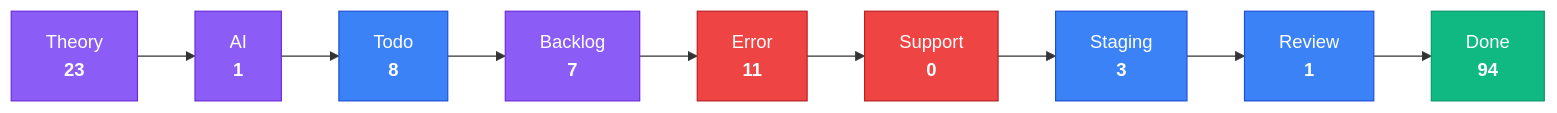
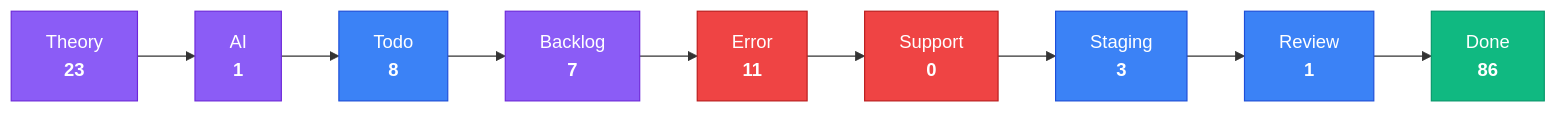
The third of 4 diagrams in apps/kbve/astro-kbve/src/content/docs/dashboard/kanban-data.mdx (KBVE/kbve), drawn with Mermaid before and after one commit. The commit also changed other lines of this file and 7 other files, not shown here.

````diff
--- a/apps/kbve/astro-kbve/src/content/docs/dashboard/kanban-data.mdx
+++ b/apps/kbve/astro-kbve/src/content/docs/dashboard/kanban-data.mdx
@@ -80,28 +80,28 @@
 ```mermaid
 flowchart LR
     classDef planning fill:#8b5cf6,stroke:#6d28d9,color:#fff
     classDef active fill:#3b82f6,stroke:#1d4ed8,color:#fff
     classDef blocked fill:#ef4444,stroke:#b91c1c,color:#fff
     classDef done fill:#10b981,stroke:#059669,color:#fff
     Theory["Theory<br/><strong>23</strong>"]
     Theory --> AI
     AI["AI<br/><strong>1</strong>"]
     AI --> Todo
     Todo["Todo<br/><strong>8</strong>"]
     Todo --> Backlog
     Backlog["Backlog<br/><strong>7</strong>"]
     Backlog --> Error
     Error["Error<br/><strong>11</strong>"]
     Error --> Support
     Support["Support<br/><strong>0</strong>"]
     Support --> Staging
     Staging["Staging<br/><strong>3</strong>"]
     Staging --> Review
     Review["Review<br/><strong>1</strong>"]
     Review --> Done
-    Done["Done<br/><strong>94</strong>"]
+    Done["Done<br/><strong>86</strong>"]
     class Theory,AI,Backlog planning
     class Todo,Staging,Review active
     class Error,Support blocked
     class Done done
 ```
````
